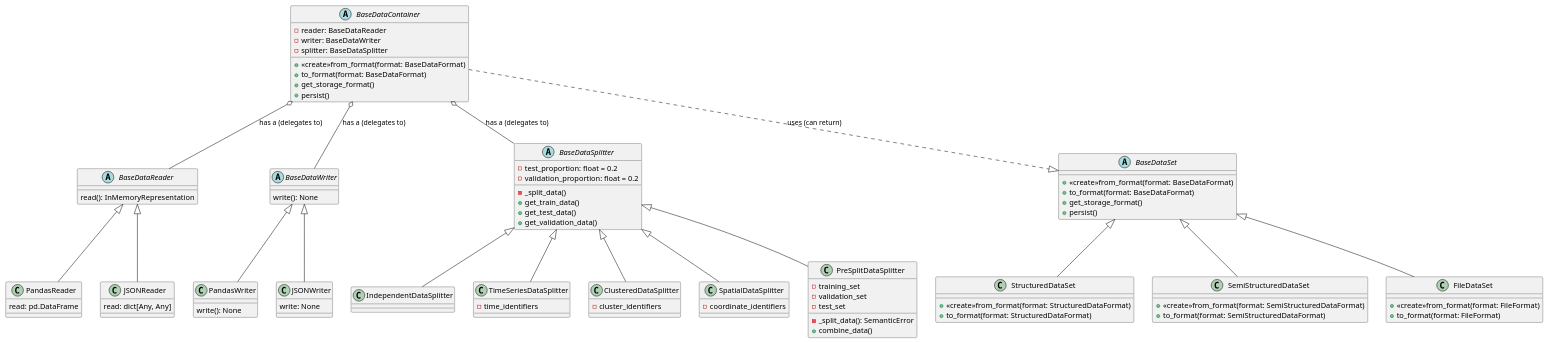
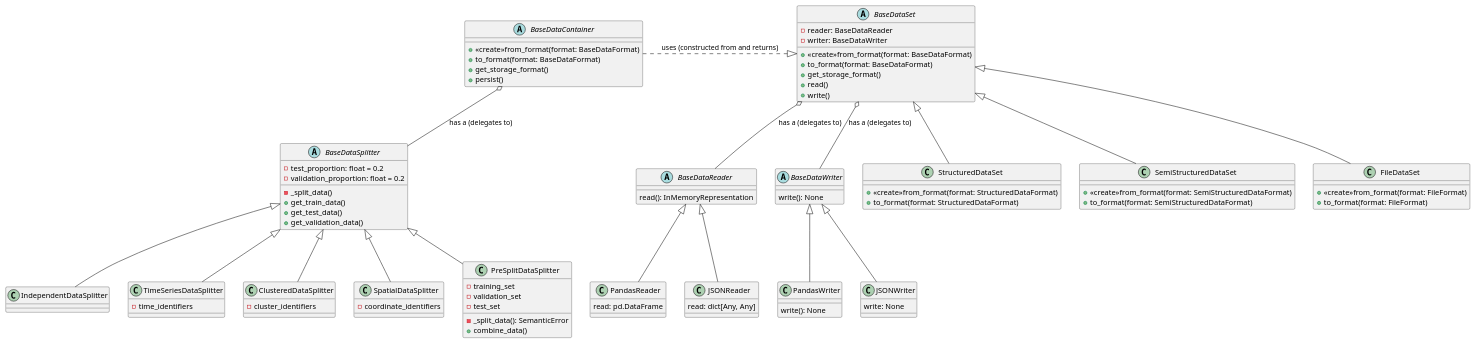
Before and after one commit to tloeber/ML-interfaces: the diagram in docs/uml/data_container_implementation.puml, drawn with PlantUML. The commit also changed 14 other files, not shown here.

Commit message:
Move reader and writer from container to data*set*.

```diff
--- a/docs/uml/data_container_implementation.puml
+++ b/docs/uml/data_container_implementation.puml
@@ -1,108 +1,107 @@
 @startuml
 
+BaseDataContainer o-- BaseDataSplitter : has a (delegates to)
+BaseDataContainer .right.|> BaseDataSet : uses (constructed from and returns)
 
 abstract class BaseDataContainer {
   +<<create>>from_format(format: BaseDataFormat)
   +to_format(format: BaseDataFormat)
   +get_storage_format()
   +persist()
+}
+
+abstract class BaseDataSplitter {
+  - test_proportion: float = 0.2
+  - validation_proportion: float = 0.2
+  - _split_data()
+  + get_train_data()
+  + get_test_data()
+  + get_validation_data()
+}
+
+class IndependentDataSplitter
+class TimeSeriesDataSplitter {
+  - time_identifiers
+}
+class ClusteredDataSplitter {
+  - cluster_identifiers
+}
+class SpatialDataSplitter {
+  - coordinate_identifiers
+}
+class PreSplitDataSplitter{
+  - training_set
+  - validation_set
+  - test_set
+  - _split_data(): SemanticError
+  + combine_data()
+}
+
+BaseDataSplitter <|-- IndependentDataSplitter
+BaseDataSplitter <|-- TimeSeriesDataSplitter
+BaseDataSplitter <|-- ClusteredDataSplitter
+BaseDataSplitter <|-- SpatialDataSplitter
+BaseDataSplitter <|-- PreSplitDataSplitter
+
+
+abstract class BaseDataSet {
   - reader: BaseDataReader
   - writer: BaseDataWriter
-  - splitter: BaseDataSplitter
+  +<<create>>from_format(format: BaseDataFormat)
+  +to_format(format: BaseDataFormat)
+  +get_storage_format()
+  +read()
+  +write()
 }
 
 abstract class BaseDataReader {
   read(): InMemoryRepresentation
 }
 class PandasReader {
 	read: pd.DataFrame
 }
 class JSONReader {
 	read: dict[Any, Any]
 }
 
 abstract class BaseDataWriter {
   write(): None
 }
 
 class PandasWriter {
 	write(): None
 }
 
 class JSONWriter {
 	write: None
 }
 
-abstract class BaseDataSplitter {
-  - test_proportion: float = 0.2
-  - validation_proportion: float = 0.2
-  - _split_data()
-  + get_train_data()
-  + get_test_data()
-  + get_validation_data()
-}
-
-class IndependentDataSplitter
-class TimeSeriesDataSplitter {
-  - time_identifiers
-}
-
-class ClusteredDataSplitter {
-  - cluster_identifiers
-}
-
-class SpatialDataSplitter {
-  - coordinate_identifiers
-}
-
-class PreSplitDataSplitter{
-  - training_set
-  - validation_set
-  - test_set
-  - _split_data(): SemanticError
-  + combine_data()
-}
-
-BaseDataSplitter <|-- IndependentDataSplitter
-BaseDataSplitter <|-- TimeSeriesDataSplitter
-BaseDataSplitter <|-- ClusteredDataSplitter
-BaseDataSplitter <|-- SpatialDataSplitter
-BaseDataSplitter <|-- PreSplitDataSplitter
-
-abstract class BaseDataSet {
-  +<<create>>from_format(format: BaseDataFormat)
-  +to_format(format: BaseDataFormat)
-  +get_storage_format()
-  +persist()
-}
-
-BaseDataContainer o-- BaseDataSplitter : has a (delegates to)
-BaseDataContainer o-- BaseDataReader : has a (delegates to)
-BaseDataContainer o-- BaseDataWriter : has a (delegates to)
-BaseDataContainer ..|> BaseDataSet : uses (can return)
+BaseDataSet o-- BaseDataReader : has a (delegates to)
+BaseDataSet o-- BaseDataWriter : has a (delegates to)
 
 BaseDataReader <|-- PandasReader
 BaseDataReader <|-- JSONReader
 
 BaseDataWriter <|-- PandasWriter
 BaseDataWriter <|-- JSONWriter
 
 class StructuredDataSet{
   +<<create>>from_format(format: StructuredDataFormat)
   +to_format(format: StructuredDataFormat)
 }
 
 class SemiStructuredDataSet{
   +<<create>>from_format(format: SemiStructuredDataFormat)
   +to_format(format: SemiStructuredDataFormat)
 }
 
 class FileDataSet {
   +<<create>>from_format(format: FileFormat)
   +to_format(format: FileFormat)
 }
+
 BaseDataSet <|-- StructuredDataSet
 BaseDataSet <|-- SemiStructuredDataSet
 BaseDataSet <|-- FileDataSet
 
 @enduml
```
